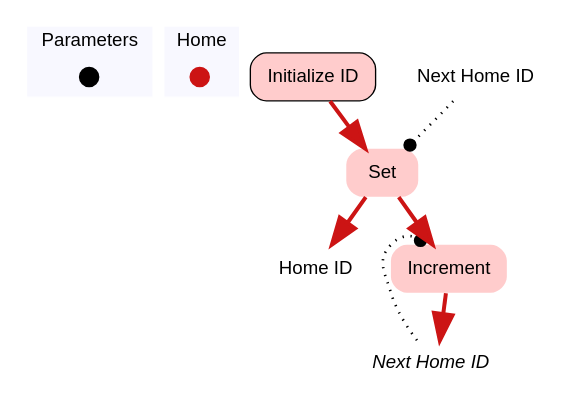
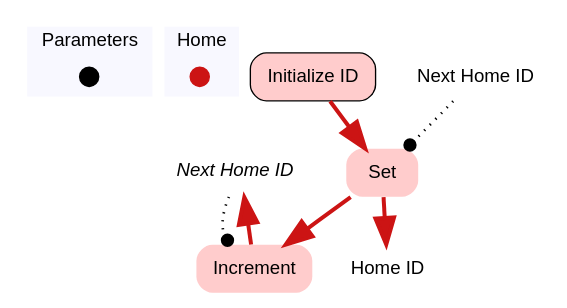
One commit to MilesParker/Synergies changed the diagram in edu.osu.synergies.ascape/WebContent/SpatialResources/graphvis/home_initializeID.dot. Above: the diagram before and after it, drawn with Graphviz. The commit also changed other lines of this file and 163 other files, not shown here.

```diff
--- a/edu.osu.synergies.ascape/WebContent/SpatialResources/graphvis/home_initializeID.dot
+++ b/edu.osu.synergies.ascape/WebContent/SpatialResources/graphvis/home_initializeID.dot
@@ -1,43 +1,43 @@
 digraph initializeID {
 
 	subgraph clustercontextKey {
 		fontname=Helvetica;
 		label="Parameters";
 		style="filled";
 		fillcolor=ghostwhite;
 		color=white;
 		labeljust=l;
 		contextOverview [style=filled,shape=point,fixedsize=true,width=.2,height=.2,fontcolor=white,color="black",label=""];
 	}
 	subgraph clusterhomeKey {
 		fontname=Helvetica;
 		nodesep=0.1;
 		style="filled";
 		fillcolor=ghostwhite;
 		label="Home";
 		color=white;
 		labeljust=l;
 		initializeIDOverview [fontname=Helvetica,style=filled,shape=point,fixedsize=true,width=.2,height=.2,fontcolor=white,color="0.0, 0.9 , 0.8",label="",URL="home__Overview.svg"];
 
 	}
+		spatialResourcesnextHomeID [shape=none,fontsize=14,style="filled",fontname=Helvetica,color=none,fillcolor=white,label=<<i>Next Home ID</i>>];
 		homehomeID [shape=none,fontsize=14,style="filled",fontname=Helvetica,color=none,fillcolor=white,label="Home ID"];
-		spatialResourcesnextHomeID [shape=none,fontsize=14,style="filled",fontname=Helvetica,color=none,fillcolor=white,label=<<i>Next Home ID</i>>];
 
 //subgraph clusterinitializeID {
 	//style=filled;
 	//color=white;
 	//fillcolor="0.0, 0.0, 0.98";
 		initializeID [shape=box,style="rounded,filled",fontname=Helvetica,color=black,fillcolor="0.0, 0.2, 1.0",label="Initialize ID",URL="home_initializeID.svg"];
 	initializeID ->  setHomeIDToNextHomeID [color="0.0, 0.9 , 0.8",penwidth=3.0,arrowsize=2.0];
 	setHomeIDToNextHomeID ->  homehomeID [color="0.0, 0.9 , 0.8",penwidth=3.0,arrowsize=2.0];
 
 		setHomeIDToNextHomeID [shape=none,style="rounded,filled",fontname=Helvetica,color="0.0, 0.2, 1.0",label="Set"];
 	setHomeIDToNextHomeID ->  incrementNextHomeID [color="0.0, 0.9 , 0.8",penwidth=3.0,arrowsize=2.0];
 		incrementNextHomeID [shape=none,style="rounded,filled",fontname=Helvetica,color="0.0, 0.2, 1.0",label="Increment"];
 			incrementNextHomeID ->  spatialResourcesnextHomeID [color="0.0, 0.9 , 0.8",penwidth=3.0,arrowsize=2.0];
 //}
 
 		importabcsetHomeIDToNextHomeIDspatialResourcesnextHomeID [fontname=Helvetica,shape=none,label="Next Home ID"];
 		importabcsetHomeIDToNextHomeIDspatialResourcesnextHomeID -> setHomeIDToNextHomeID:"ne" [style=dotted,arrowhead=dot,color=black,penwidth=2.0];
 		spatialResourcesnextHomeID -> incrementNextHomeID:nw [style=dotted,arrowhead=dot,color=black,penwidth=2.0];
 }
```
